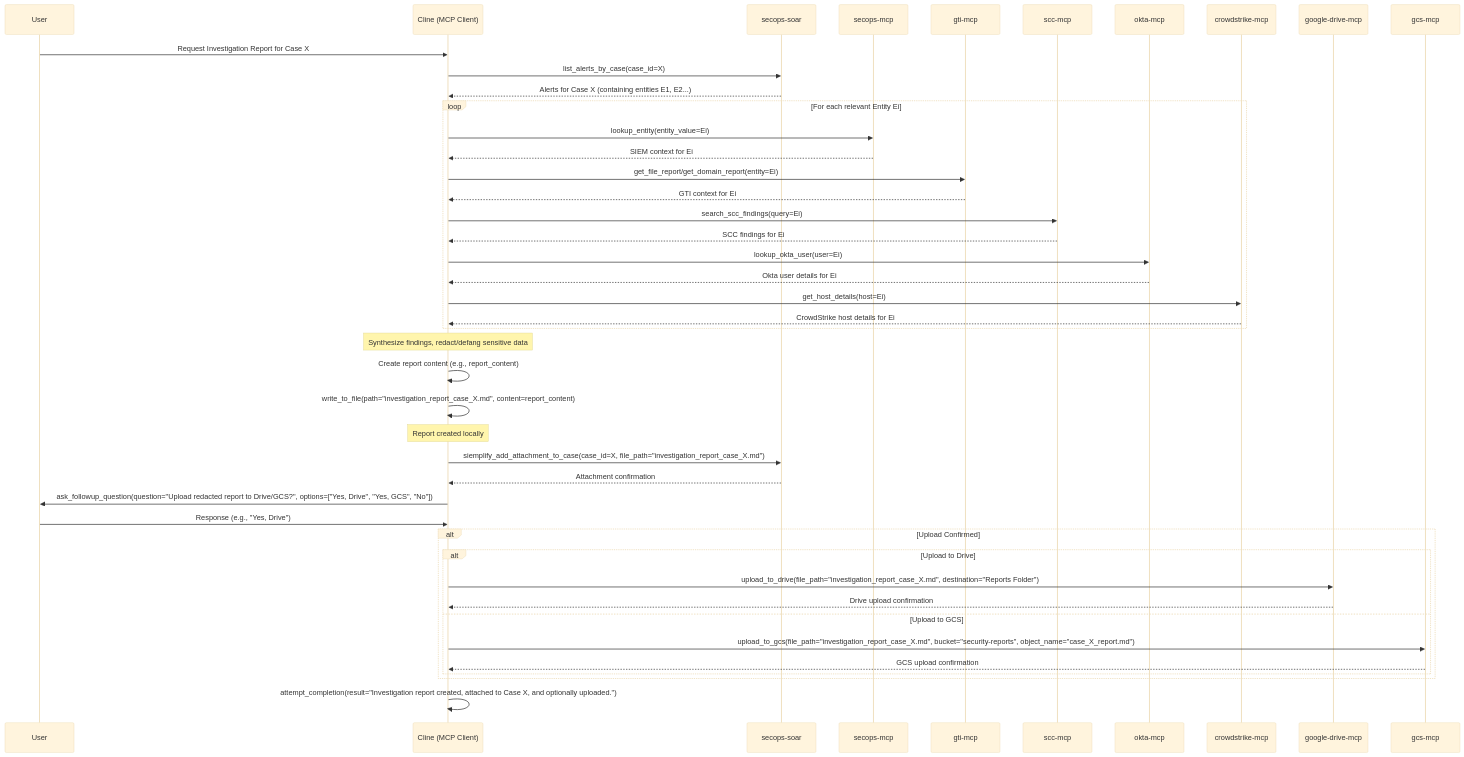
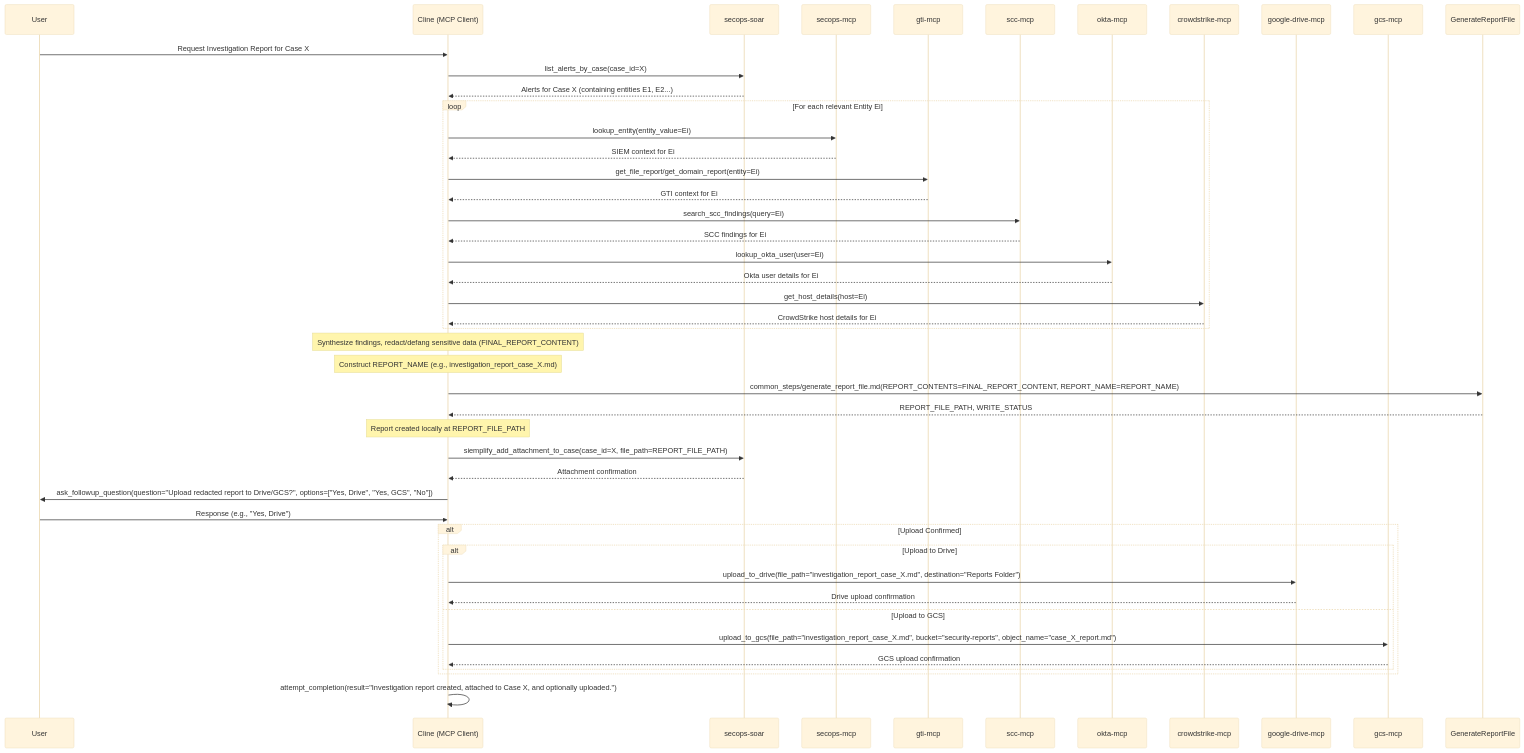
The diagram in rules-bank/run_books/create_an_investigation_report.md (dandye/adk_runbooks), drawn with Mermaid (base theme) before and after one commit. The commit also changed other lines of this file and 18 other files, not shown here.

Commit message:
write_to_file -> write_report

````diff
--- a/rules-bank/run_books/create_an_investigation_report.md
+++ b/rules-bank/run_books/create_an_investigation_report.md
@@ -61,48 +61,49 @@
 ```{mermaid}
 sequenceDiagram
     participant User
     participant Cline as Cline (MCP Client)
     participant SOAR as secops-soar
     participant SIEM as secops-mcp
     participant GTI as gti-mcp
     participant SCC as scc-mcp
     participant Okta as okta-mcp
     participant CS as crowdstrike-mcp
     participant Drive as google-drive-mcp
     participant GCS as gcs-mcp
 
     User->>Cline: Request Investigation Report for Case X
     Cline->>SOAR: list_alerts_by_case(case_id=X)
     SOAR-->>Cline: Alerts for Case X (containing entities E1, E2...)
     loop For each relevant Entity Ei
         Cline->>SIEM: lookup_entity(entity_value=Ei)
         SIEM-->>Cline: SIEM context for Ei
         Cline->>GTI: get_file_report/get_domain_report(entity=Ei)
         GTI-->>Cline: GTI context for Ei
         Cline->>SCC: search_scc_findings(query=Ei)
         SCC-->>Cline: SCC findings for Ei
         Cline->>Okta: lookup_okta_user(user=Ei)
         Okta-->>Cline: Okta user details for Ei
         Cline->>CS: get_host_details(host=Ei)
         CS-->>Cline: CrowdStrike host details for Ei
     end
-    Note over Cline: Synthesize findings, redact/defang sensitive data
-    Cline->>Cline: Create report content (e.g., report_content)
-    Cline->>Cline: write_to_file(path="investigation_report_case_X.md", content=report_content)
-    Note over Cline: Report created locally
-    Cline->>SOAR: siemplify_add_attachment_to_case(case_id=X, file_path="investigation_report_case_X.md")
+    Note over Cline: Synthesize findings, redact/defang sensitive data (FINAL_REPORT_CONTENT)
+    Note over Cline: Construct REPORT_NAME (e.g., investigation_report_case_X.md)
+    Cline->>GenerateReportFile: common_steps/generate_report_file.md(REPORT_CONTENTS=FINAL_REPORT_CONTENT, REPORT_NAME=REPORT_NAME)
+    GenerateReportFile-->>Cline: REPORT_FILE_PATH, WRITE_STATUS
+    Note over Cline: Report created locally at REPORT_FILE_PATH
+    Cline->>SOAR: siemplify_add_attachment_to_case(case_id=X, file_path=REPORT_FILE_PATH)
     SOAR-->>Cline: Attachment confirmation
     Cline->>User: ask_followup_question(question="Upload redacted report to Drive/GCS?", options=["Yes, Drive", "Yes, GCS", "No"])
     User->>Cline: Response (e.g., "Yes, Drive")
     alt Upload Confirmed
         alt Upload to Drive
             Cline->>Drive: upload_to_drive(file_path="investigation_report_case_X.md", destination="Reports Folder")
             Drive-->>Cline: Drive upload confirmation
         else Upload to GCS
             Cline->>GCS: upload_to_gcs(file_path="investigation_report_case_X.md", bucket="security-reports", object_name="case_X_report.md")
             GCS-->>Cline: GCS upload confirmation
         end
     end
     Cline->>Cline: attempt_completion(result="Investigation report created, attached to Case X, and optionally uploaded.")
 
 ```
````
